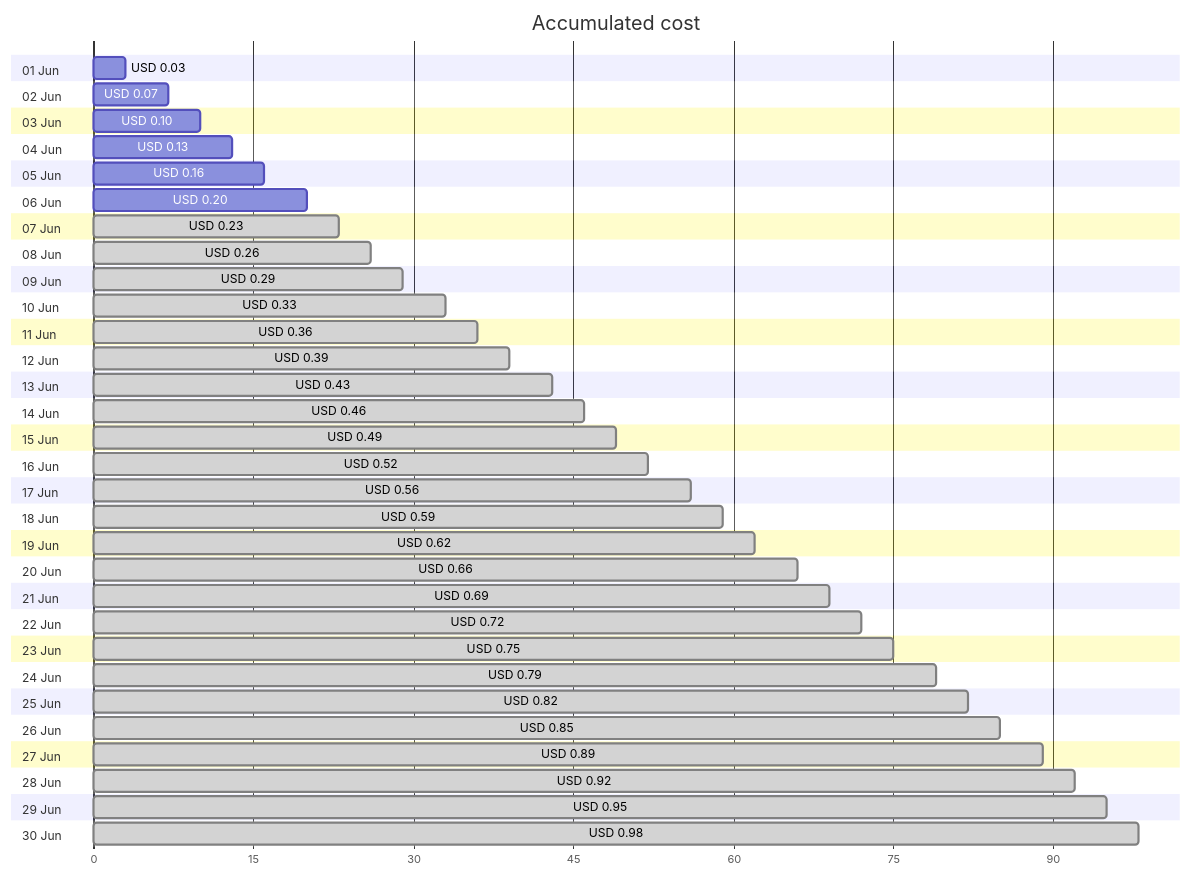
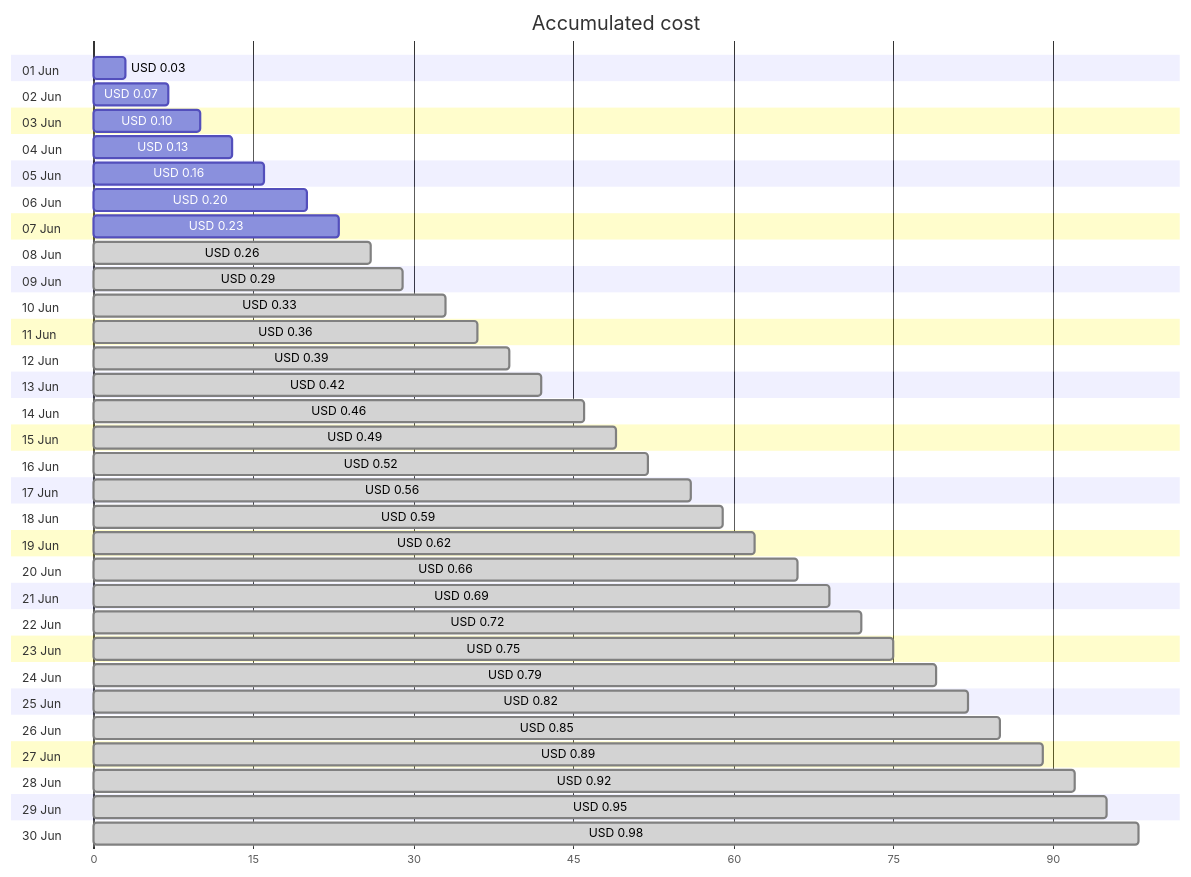
One commit to jpfulton/azure-personal-reports changed the first of 4 diagrams in cost-reports/personal-dns/README.md. Above: the diagram before and after it, drawn with Mermaid. The commit also changed other lines of this file and 2 other files, not shown here.

````diff
--- a/cost-reports/personal-dns/README.md
+++ b/cost-reports/personal-dns/README.md
@@ -20,66 +20,66 @@
 ```mermaid
 gantt
    title Accumulated cost
    dateFormat  X
    axisFormat %s
    section 01 Jun
    USD 0.03 :0, 3
    section 02 Jun
    USD 0.07 :0, 7
    section 03 Jun
    USD 0.10 :0, 10
    section 04 Jun
    USD 0.13 :0, 13
    section 05 Jun
    USD 0.16 :0, 16
    section 06 Jun
    USD 0.20 :0, 20
    section 07 Jun
-   USD 0.23 : done, 0, 23
+   USD 0.23 :0, 23
    section 08 Jun
    USD 0.26 : done, 0, 26
    section 09 Jun
    USD 0.29 : done, 0, 29
    section 10 Jun
    USD 0.33 : done, 0, 33
    section 11 Jun
    USD 0.36 : done, 0, 36
    section 12 Jun
    USD 0.39 : done, 0, 39
    section 13 Jun
-   USD 0.43 : done, 0, 43
+   USD 0.42 : done, 0, 42
    section 14 Jun
    USD 0.46 : done, 0, 46
    section 15 Jun
    USD 0.49 : done, 0, 49
    section 16 Jun
    USD 0.52 : done, 0, 52
    section 17 Jun
    USD 0.56 : done, 0, 56
    section 18 Jun
    USD 0.59 : done, 0, 59
    section 19 Jun
    USD 0.62 : done, 0, 62
    section 20 Jun
    USD 0.66 : done, 0, 66
    section 21 Jun
    USD 0.69 : done, 0, 69
    section 22 Jun
    USD 0.72 : done, 0, 72
    section 23 Jun
    USD 0.75 : done, 0, 75
    section 24 Jun
    USD 0.79 : done, 0, 79
    section 25 Jun
    USD 0.82 : done, 0, 82
    section 26 Jun
    USD 0.85 : done, 0, 85
    section 27 Jun
    USD 0.89 : done, 0, 89
    section 28 Jun
    USD 0.92 : done, 0, 92
    section 29 Jun
    USD 0.95 : done, 0, 95
    section 30 Jun
    USD 0.98 : done, 0, 98
 ```
````
